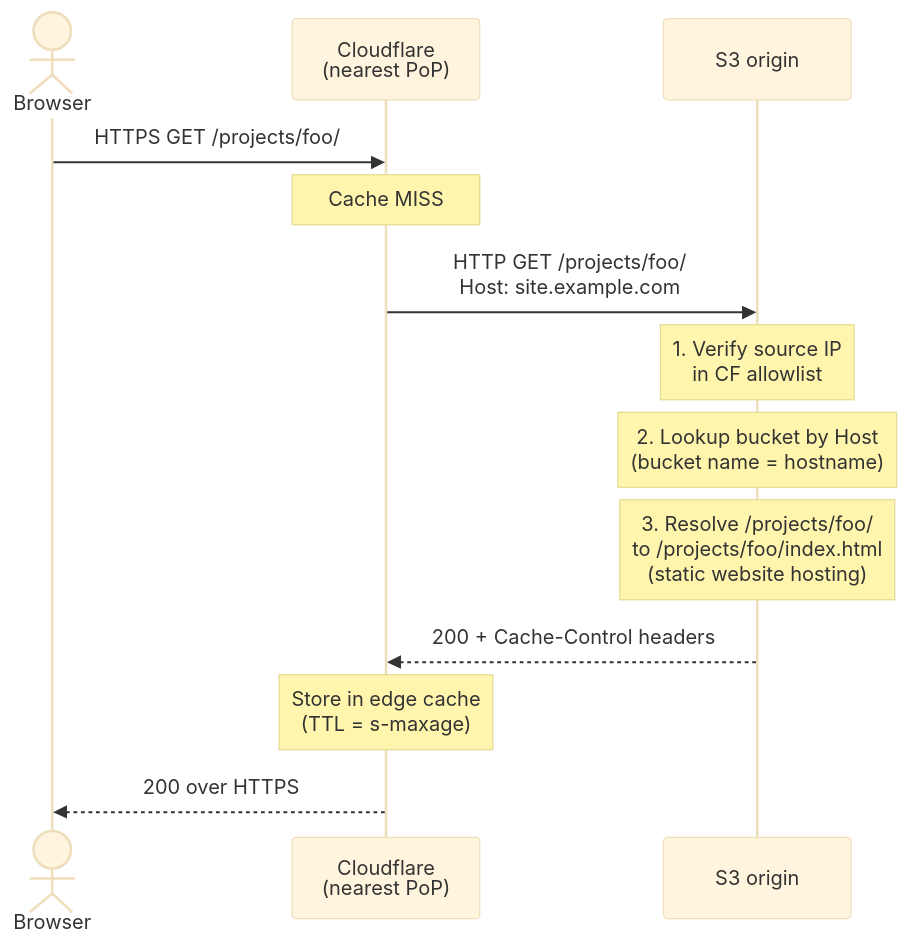
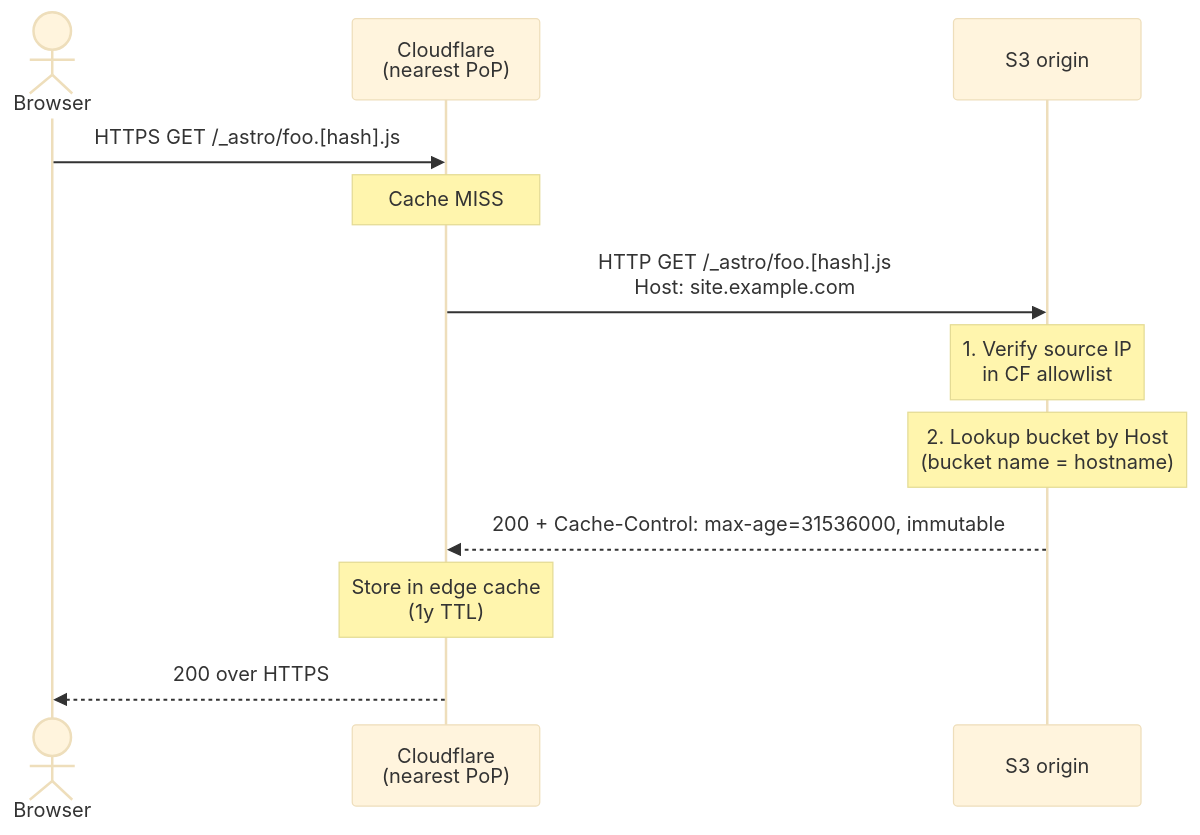
The second of 4 diagrams in docs/deployment.md (farulivan/norven), drawn with Mermaid (base theme) before and after one commit. The commit also changed other lines of this file, not shown here.

Commit message:
docs: expand deployment documentation with CI/CD and cache behavior details

````diff
--- a/docs/deployment.md
+++ b/docs/deployment.md
@@ -63,16 +66,15 @@
 ```mermaid
 sequenceDiagram
     actor B as Browser
     participant CF as Cloudflare<br/>(nearest PoP)
     participant S3 as S3 origin
 
-    B->>CF: HTTPS GET /projects/foo/
+    B->>CF: HTTPS GET /_astro/foo.[hash].js
     Note over CF: Cache MISS
-    CF->>S3: HTTP GET /projects/foo/<br/>Host: site.example.com
+    CF->>S3: HTTP GET /_astro/foo.[hash].js<br/>Host: site.example.com
     Note over S3: 1. Verify source IP<br/>   in CF allowlist
     Note over S3: 2. Lookup bucket by Host<br/>   (bucket name = hostname)
-    Note over S3: 3. Resolve /projects/foo/<br/>   to /projects/foo/index.html<br/>   (static website hosting)
-    S3-->>CF: 200 + Cache-Control headers
-    Note over CF: Store in edge cache<br/>(TTL = s-maxage)
+    S3-->>CF: 200 + Cache-Control: max-age=31536000, immutable
+    Note over CF: Store in edge cache<br/>(1y TTL)
     CF-->>B: 200 over HTTPS
 ```
````
